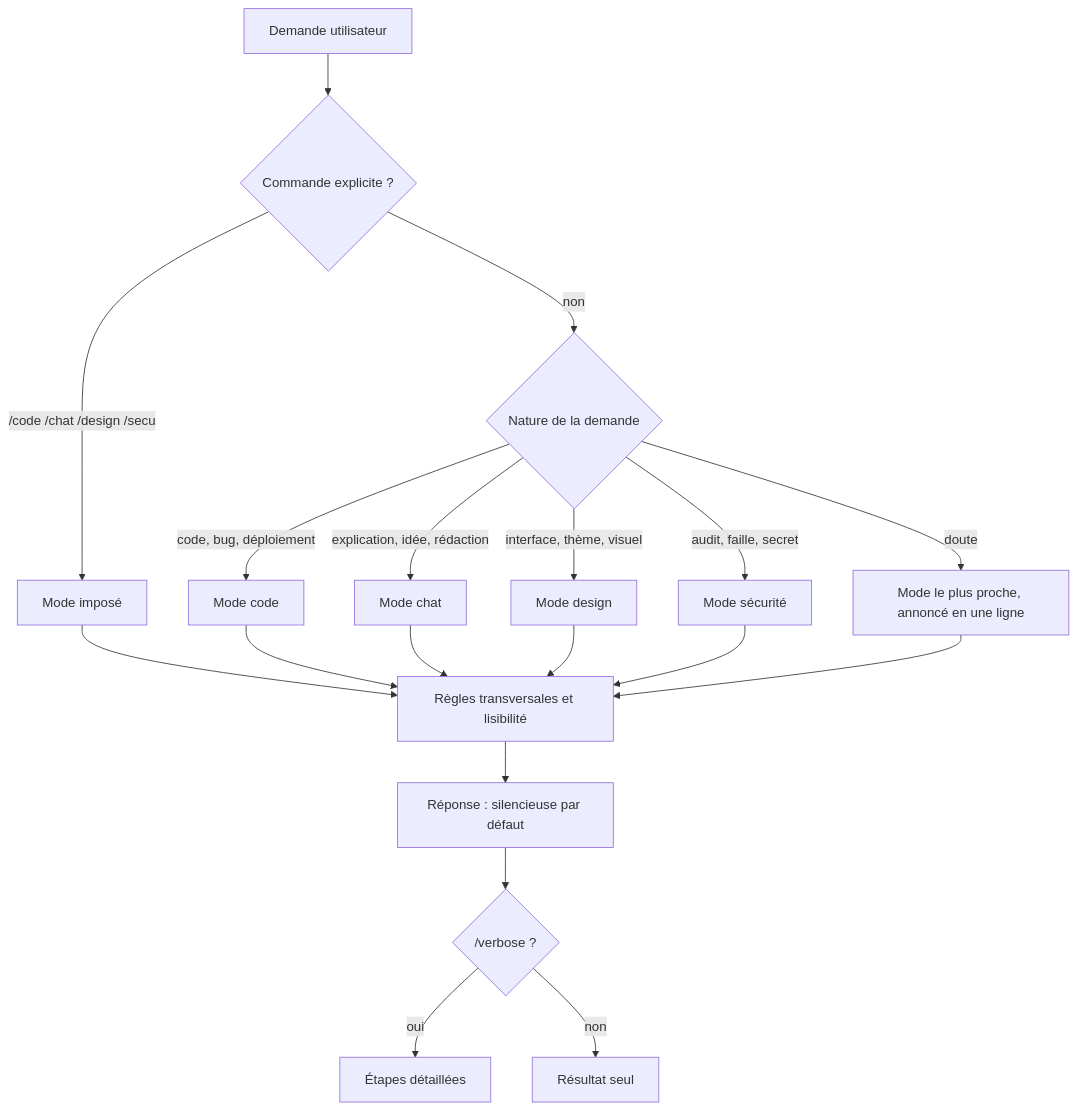
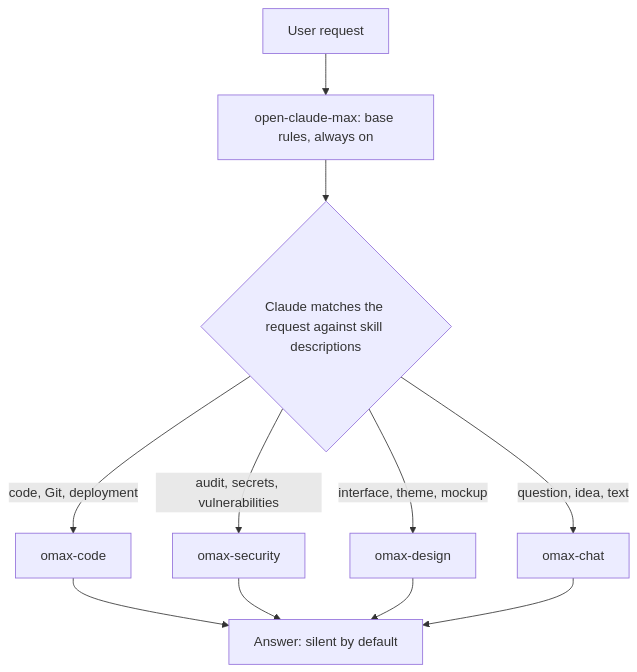
One commit to furaxdev/open-claude-max changed the diagram in ARCHITECTURE.md. Above: the diagram before and after it, drawn with Mermaid. The commit also changed other lines of this file and 13 other files, not shown here.

````diff
--- a/ARCHITECTURE.md
+++ b/ARCHITECTURE.md
@@ -43,21 +31,13 @@
 ```mermaid
 flowchart TD
-    A[Demande utilisateur] --> B{Commande explicite ?}
-    B -- "/code /chat /design /secu" --> M[Mode imposé]
-    B -- non --> C{Nature de la demande}
-    C -- code, bug, déploiement --> M1[Mode code]
-    C -- explication, idée, rédaction --> M2[Mode chat]
-    C -- interface, thème, visuel --> M3[Mode design]
-    C -- audit, faille, secret --> M4[Mode sécurité]
-    C -- doute --> M5[Mode le plus proche, annoncé en une ligne]
-    M --> R[Règles transversales et lisibilité]
-    M1 --> R
-    M2 --> R
-    M3 --> R
-    M4 --> R
-    M5 --> R
-    R --> O[Réponse : silencieuse par défaut]
-    O --> V{/verbose ?}
-    V -- oui --> D[Étapes détaillées]
-    V -- non --> E[Résultat seul]
+    A[User request] --> B[open-claude-max: base rules, always on]
+    B --> C{Claude matches the request against skill descriptions}
+    C -- code, Git, deployment --> D[omax-code]
+    C -- audit, secrets, vulnerabilities --> E[omax-security]
+    C -- interface, theme, mockup --> F[omax-design]
+    C -- question, idea, text --> G[omax-chat]
+    D --> H[Answer: silent by default]
+    E --> H
+    F --> H
+    G --> H
 ```
````
